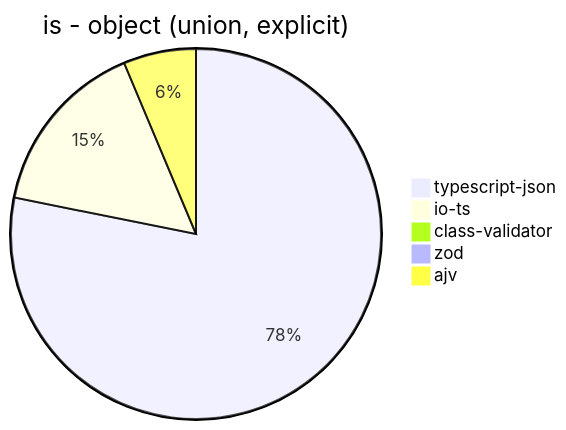
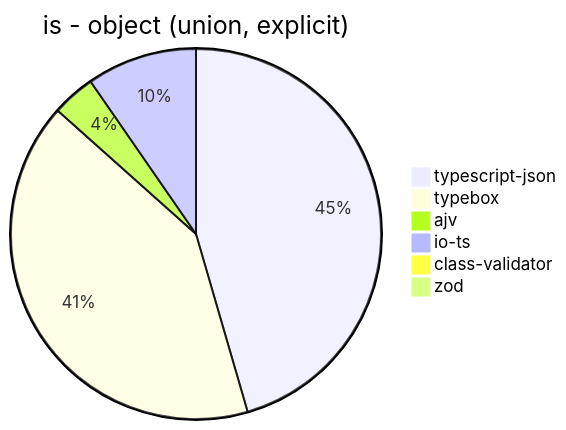
The third of 39 diagrams in benchmark/results/AMD Ryzen 9 5900HX with Radeon Graphics.md (samchon/typia), drawn with Mermaid before and after one commit. The commit also changed other lines of this file and 7 other files, not shown here.

````diff
--- a/benchmark/results/AMD Ryzen 9 5900HX with Radeon Graphics.md
+++ b/benchmark/results/AMD Ryzen 9 5900HX with Radeon Graphics.md
@@ -41,8 +43,9 @@
 ```mermaid
 pie title is - object (union, explicit)
-  "typescript-json": 16533.697632058287
-  "io-ts": 3281.657018813314
-  "class-validator": 18.423932871214884
-  "zod": 36.6327474560592
-  "ajv": 1339.7250361794502
+  "typescript-json": 15282.280701754386
+  "typebox": 13801.652892561982
+  "ajv": 1269.3935119887165
+  "io-ts": 3233.351283432059
+  "class-validator": 18.439187930713356
+  "zod": 36.53989560029829
 ```
````
